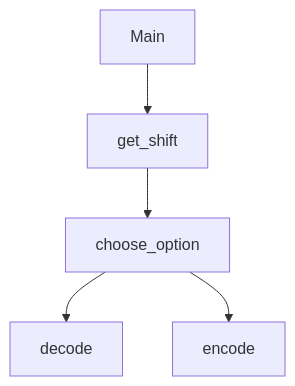
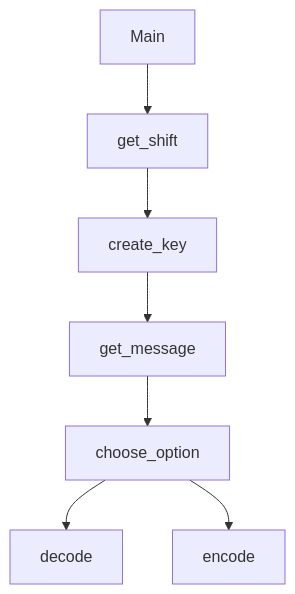
One commit to goob796/Ceasar-Cipher changed the diagram in README.md. Above: the diagram before and after it, drawn with Mermaid.

Commit message:
Update Ceasar Cipher flowchart in README

````diff
--- a/README.md
+++ b/README.md
@@ -15,7 +15,9 @@
 ```mermaid
 graph TD;
   Main-->get_shift;
-  get_shift-->choose_option;
+get_shift-->create_key;
+  create_key-->get_message;
+  get_message-->choose_option;
   choose_option-->decode;
   choose_option-->encode;
 ```
````
